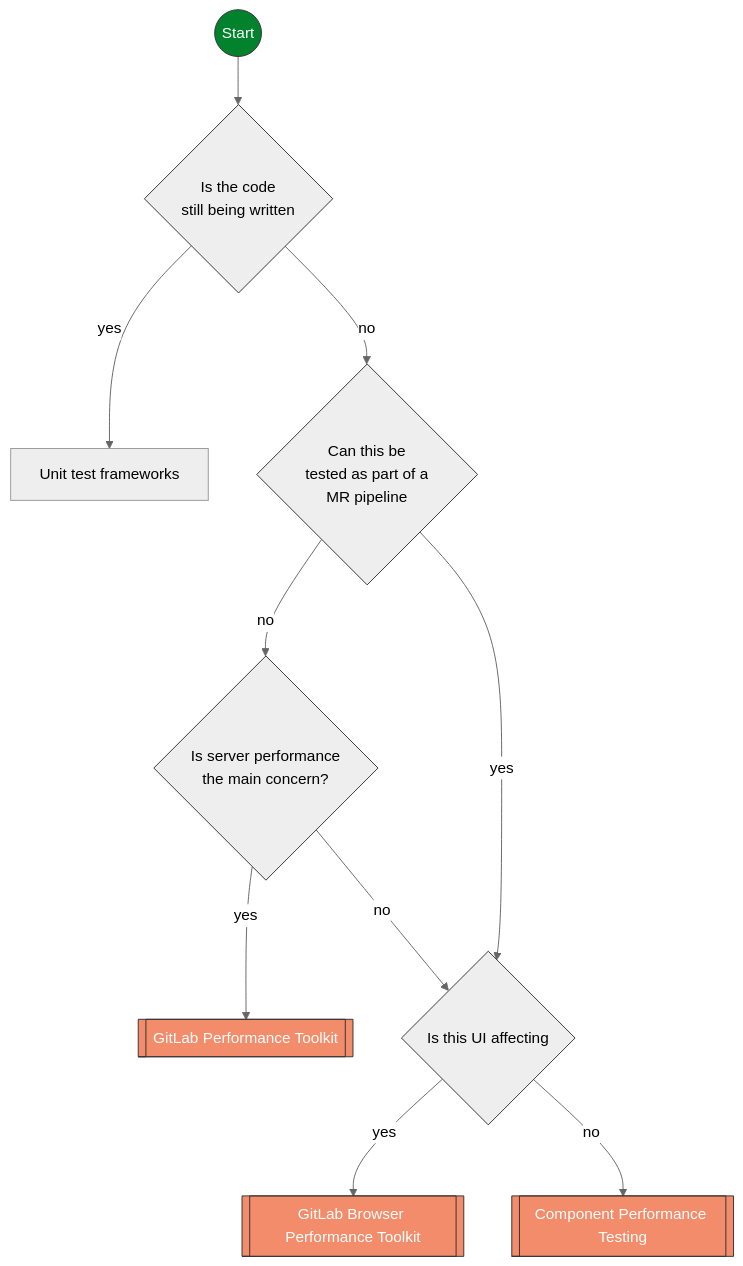
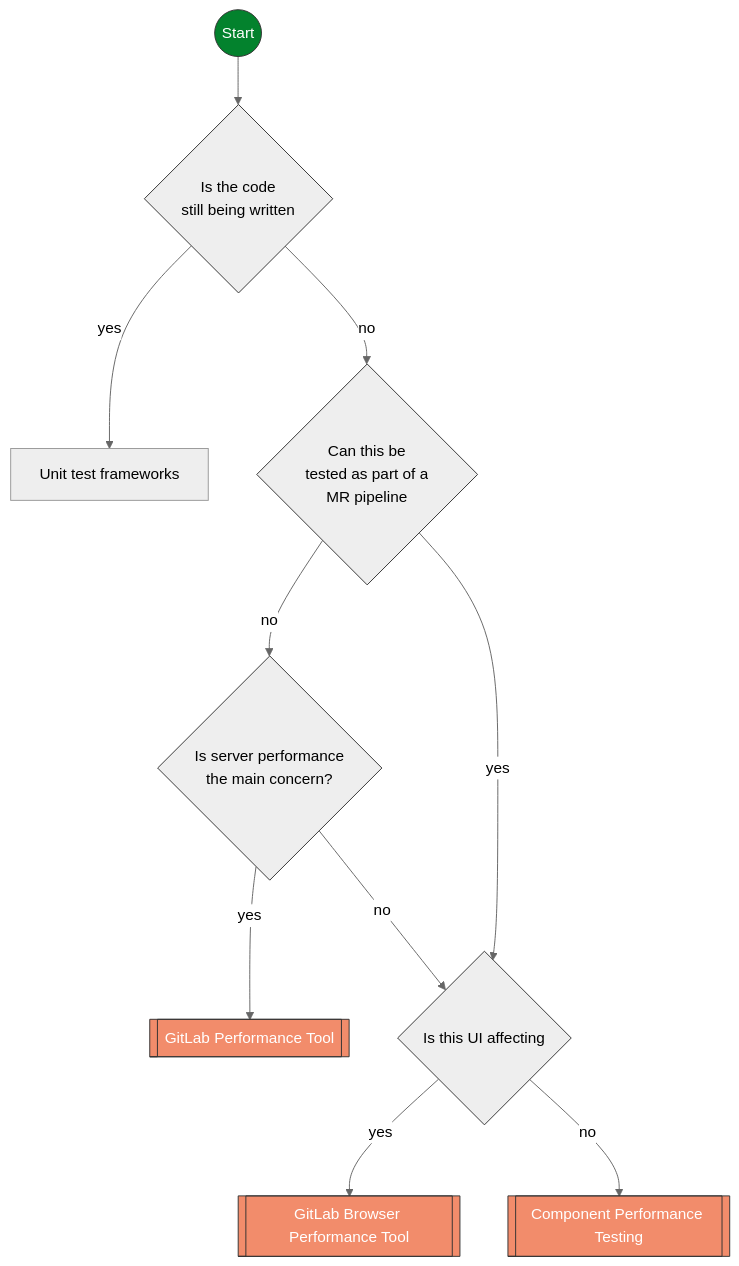
Before and after one commit to zalyoung/gitlab-handbook: the diagram in content/handbook/engineering/testing/performance.md, drawn with Mermaid (neutral theme).

Commit message:
Editing the diagram

````diff
--- a/content/handbook/engineering/testing/performance.md
+++ b/content/handbook/engineering/testing/performance.md
@@ -9,33 +9,37 @@
 ```mermaid
 flowchart TD
   START((Start))
-  GPT[[GitLab Performance Toolkit]]
-  GBPT[[GitLab Browser Performance Toolkit]]
+  GPT[[GitLab Performance Tool]]
+  GBPT[[GitLab Browser Performance Tool]]
   CPT[[Component Performance Testing]]
   UNIT[Unit test frameworks]
   BUILT{Is the code\nstill being written}
   CODE{Can this be\ntested as part of a\nMR pipeline}
   UI{Is this UI affecting}
   ENV{Is server performance\nthe main concern?}
 
   START --> BUILT
   BUILT -- no --> CODE
   BUILT -- yes --> UNIT
 
   CODE -- yes --> UI
   CODE -- no --> ENV
 
   UI -- yes --> GBPT
   UI -- no --> CPT
 
   ENV -- yes --> GPT
   ENV -- no --> UI
 
   classDef decision fill:##f5f7f6,stroke:#333,stroke-width:1px,rx:5px;
   classDef tool fill:#F28C6B,stroke:#333,stroke-width:1px,color:white,rx:5px;
   classDef start fill:#03822d,stroke:#333,stroke-width:1px,color:white,rx:10px;
 
   class UI,ENV,CODE,BUILT decision;
   class GBPT,CPT,GPT tool;
   class START start;
+
+  click GPT "#system-level-load-testing"
+  click GPT "#system-level-load-testing"
+  click CPT "#componet-performance-testing"
 ```
````
